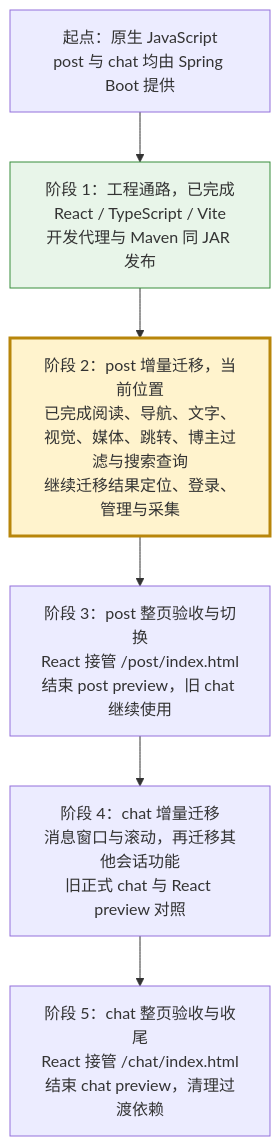
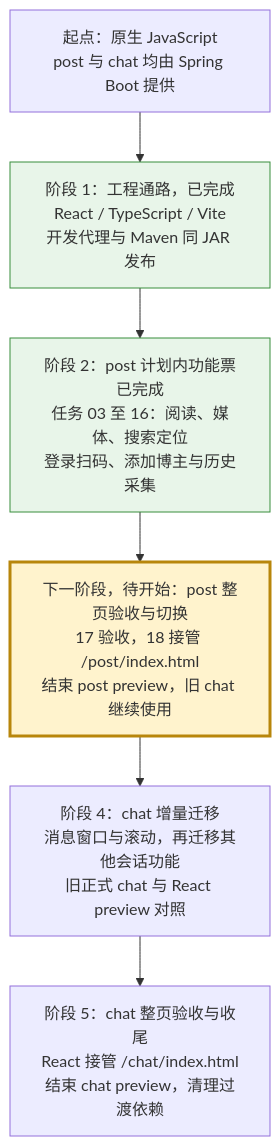
The diagram in .scratch/react-migration/PLAN.md (findxyz/vb-weibo-plus), drawn with Mermaid before and after one commit. The commit also changed other lines of this file and 2 other files, not shown here.

````diff
--- a/.scratch/react-migration/PLAN.md
+++ b/.scratch/react-migration/PLAN.md
@@ -11,14 +11,14 @@
 ```mermaid
 flowchart TD
     A["起点：原生 JavaScript<br/>post 与 chat 均由 Spring Boot 提供"]
     B["阶段 1：工程通路，已完成<br/>React / TypeScript / Vite<br/>开发代理与 Maven 同 JAR 发布"]
-    C["阶段 2：post 增量迁移，当前位置<br/>已完成阅读、导航、文字、视觉、媒体、跳转、博主过滤与搜索查询<br/>继续迁移结果定位、登录、管理与采集"]
-    D["阶段 3：post 整页验收与切换<br/>React 接管 /post/index.html<br/>结束 post preview，旧 chat 继续使用"]
+    C["阶段 2：post 计划内功能票已完成<br/>任务 03 至 16：阅读、媒体、搜索定位<br/>登录扫码、添加博主与历史采集"]
+    D["下一阶段，待开始：post 整页验收与切换<br/>17 验收，18 接管 /post/index.html<br/>结束 post preview，旧 chat 继续使用"]
     E["阶段 4：chat 增量迁移<br/>消息窗口与滚动，再迁移其他会话功能<br/>旧正式 chat 与 React preview 对照"]
     F["阶段 5：chat 整页验收与收尾<br/>React 接管 /chat/index.html<br/>结束 chat preview，清理过渡依赖"]
     A --> B --> C --> D --> E --> F
     classDef complete fill:#e8f5e9,stroke:#388e3c
     classDef current fill:#fff3cd,stroke:#b8860b,stroke-width:3px
-    class B complete
-    class C current
+    class B,C complete
+    class D current
 ```
````
